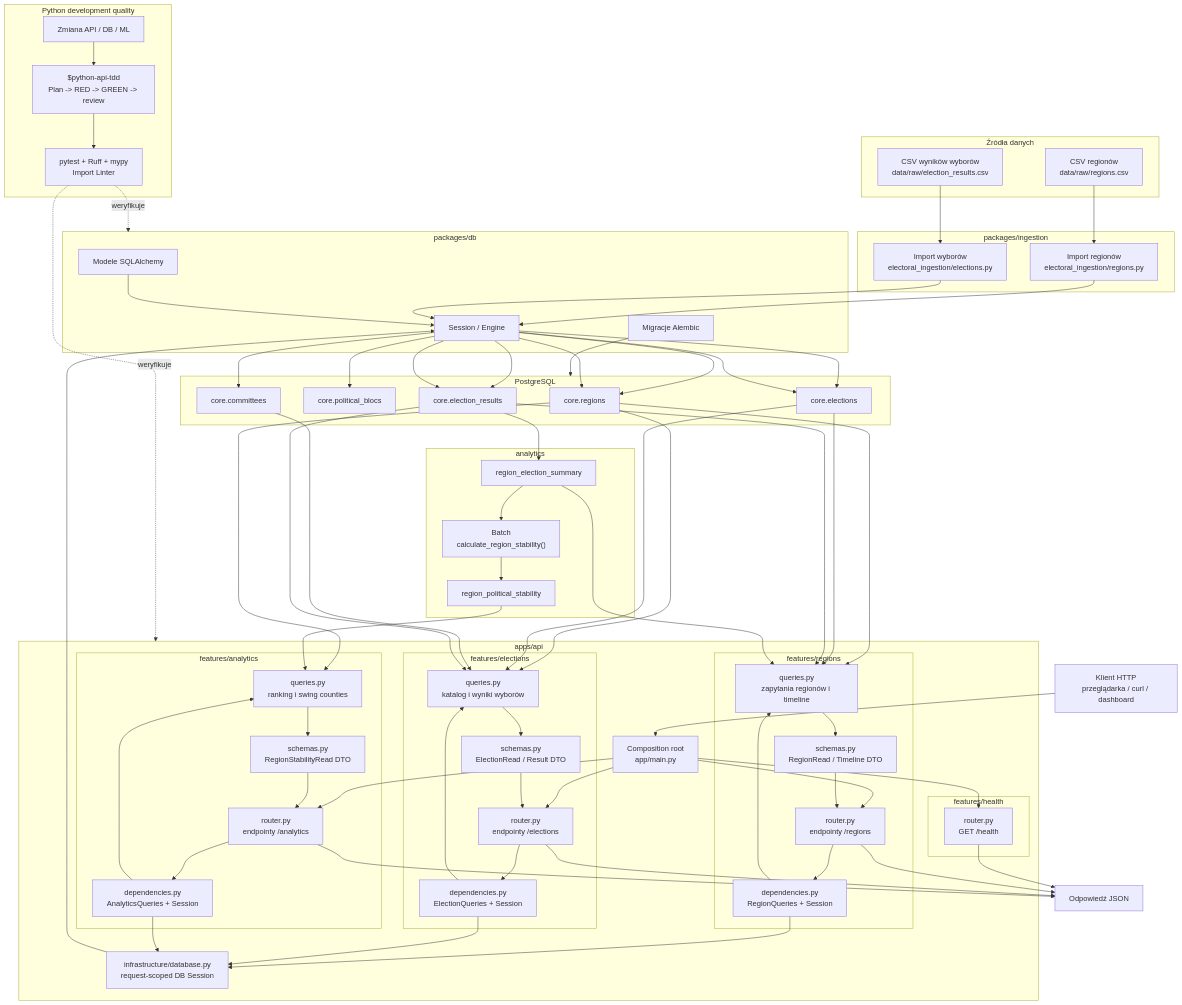
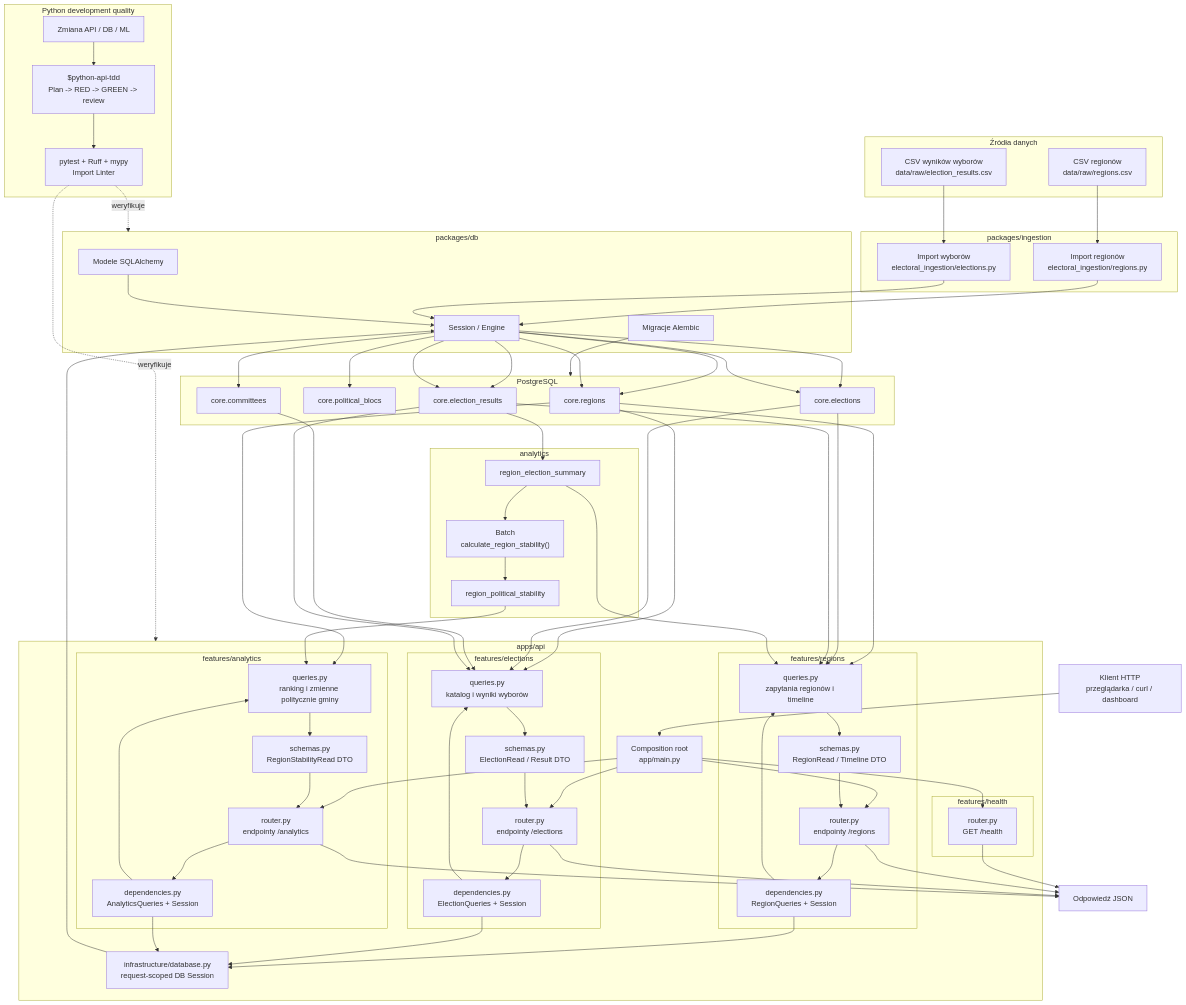
One commit to DawidKK/electoral-drift changed the seventh of 7 diagrams in docs/flow.md. Above: the diagram before and after it, drawn with Mermaid. The commit also changed other lines of this file and 10 other files, not shown here.

```diff
--- a/docs/flow.md
+++ b/docs/flow.md
@@ -328,7 +329,7 @@
         subgraph analytics_feature["features/analytics"]
             analytics_router["router.py<br/>endpointy /analytics"]
             analytics_dependencies["dependencies.py<br/>AnalyticsQueries + Session"]
-            analytics_queries["queries.py<br/>ranking i swing counties"]
+            analytics_queries["queries.py<br/>ranking i zmienne politycznie gminy"]
             analytics_schemas["schemas.py<br/>RegionStabilityRead DTO"]
         end
 
```
